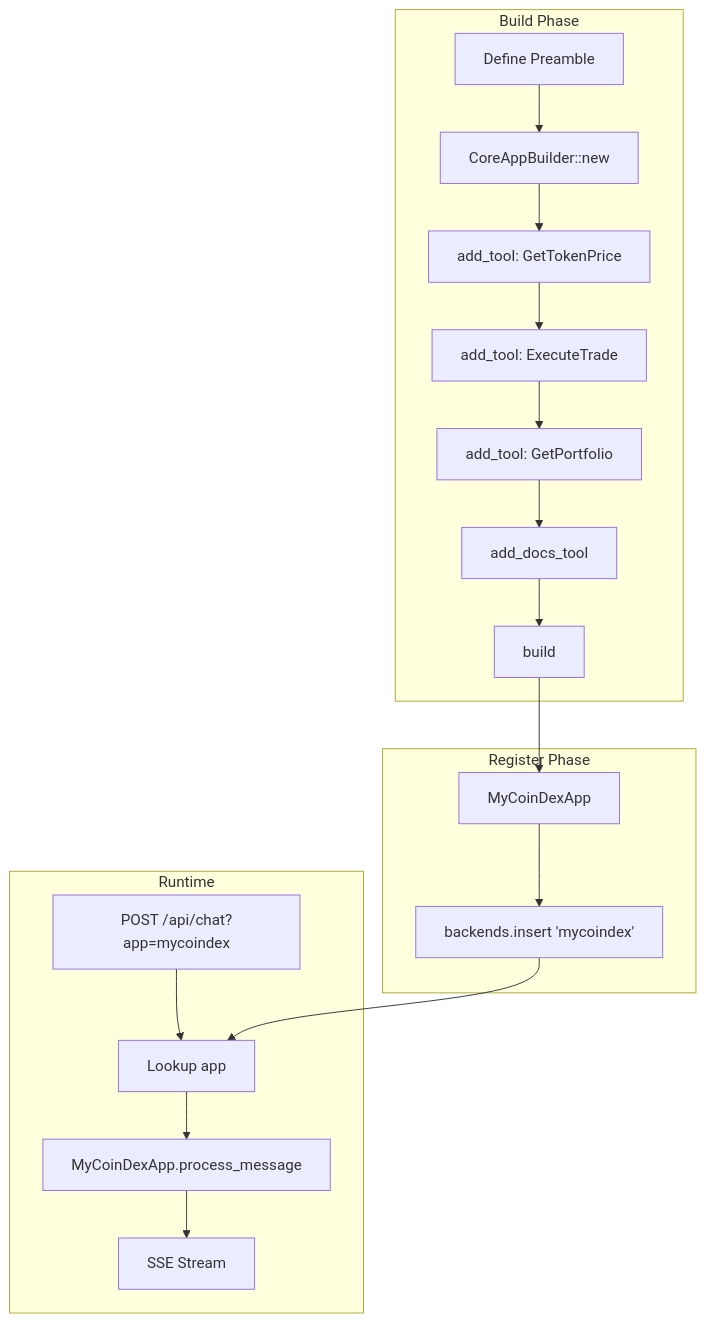
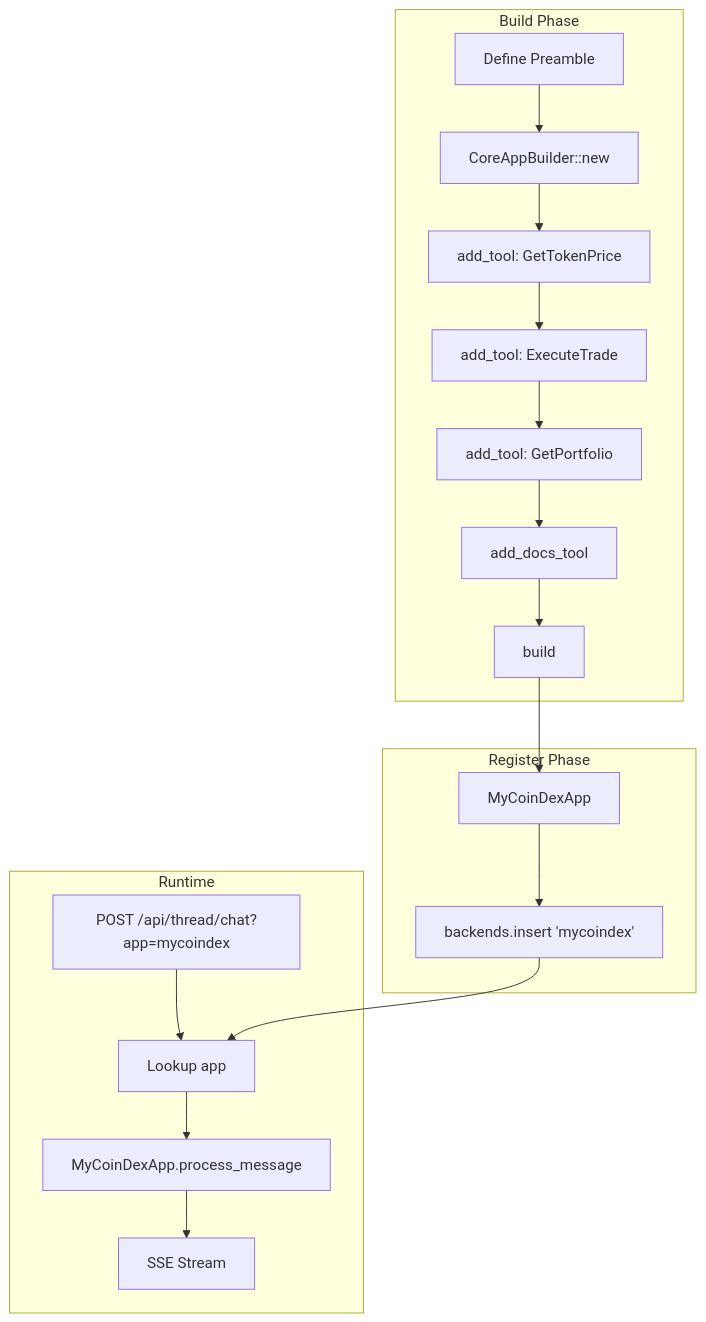
The third of 3 diagrams in apps/landing/content/guides/build/services/building-apps.mdx (aomi-labs/aomi-widget), drawn with Mermaid before and after one commit. The commit also changed 35 other files, not shown here.

````diff
--- a/apps/landing/content/guides/build/services/building-apps.mdx
+++ b/apps/landing/content/guides/build/services/building-apps.mdx
@@ -250,24 +250,24 @@
 ```mermaid
 flowchart TB
     subgraph "Build Phase"
         P[Define Preamble] --> B[CoreAppBuilder::new]
         B --> T1[add_tool: GetTokenPrice]
         T1 --> T2[add_tool: ExecuteTrade]
         T2 --> T3[add_tool: GetPortfolio]
         T3 --> D[add_docs_tool]
         D --> BUILD[build]
     end
 
     subgraph "Register Phase"
         BUILD --> APP[MyCoinDexApp]
         APP --> REG[backends.insert 'mycoindex']
     end
 
     subgraph "Runtime"
-        REQ[POST /api/chat?app=mycoindex] --> LOOKUP[Lookup app]
+        REQ[POST /api/thread/chat?app=mycoindex] --> LOOKUP[Lookup app]
         LOOKUP --> APP2[MyCoinDexApp.process_message]
         APP2 --> RESPONSE[SSE Stream]
     end
 
     REG --> LOOKUP
 ```
````
